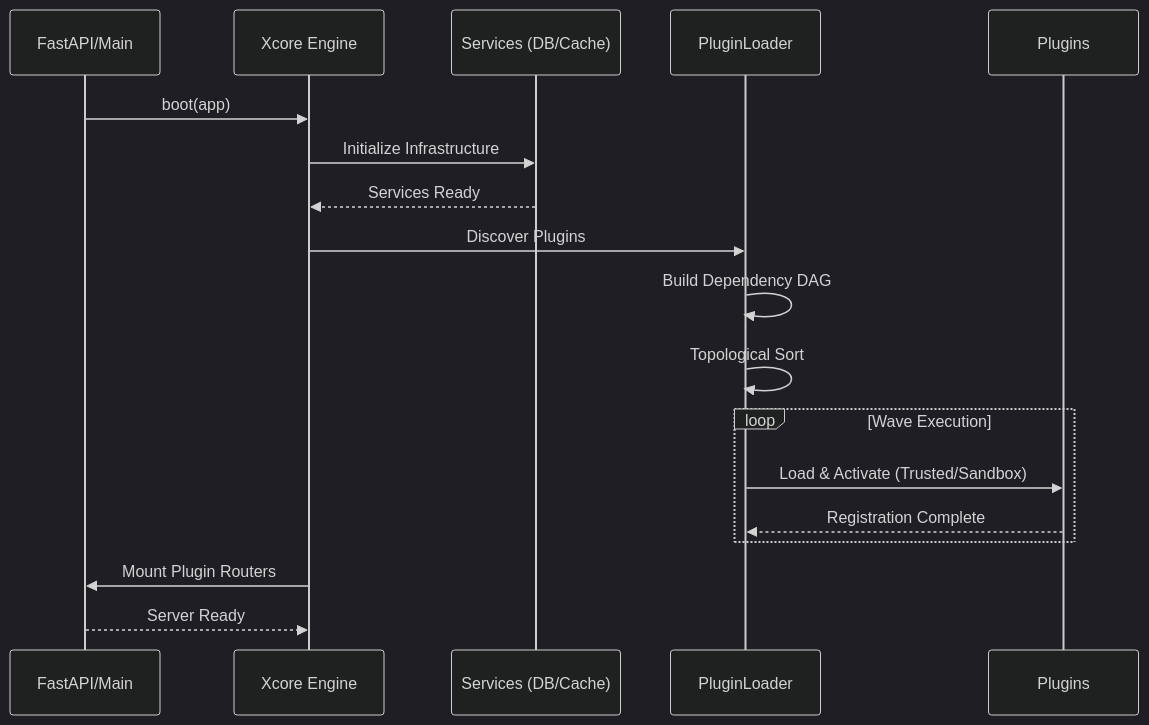
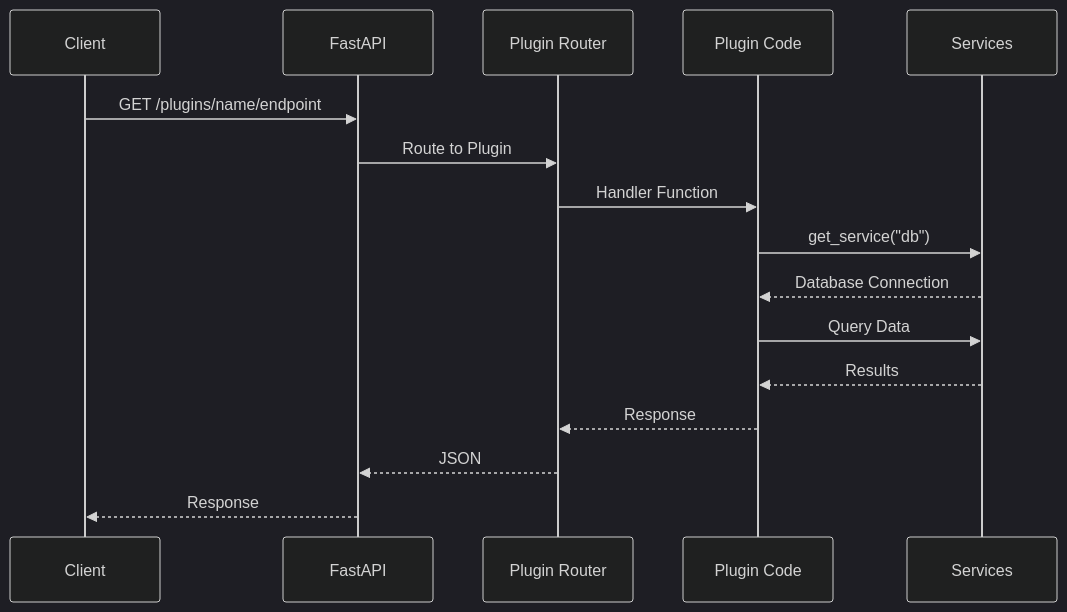
The tenth of 16 diagrams in doc/architecture/overview.md (traoreera/xcore), drawn with Mermaid (dark theme) before and after one commit. The commit also changed other lines of this file and 54 other files, not shown here.

````diff
--- a/doc/architecture/overview.md
+++ b/doc/architecture/overview.md
@@ -23,21 +346,22 @@
 ```mermaid
 sequenceDiagram
-    participant App as FastAPI/Main
-    participant X as Xcore Engine
-    participant S as Services (DB/Cache)
-    participant L as PluginLoader
-    participant P as Plugins
+    participant HTTP as Client
+    participant FA as FastAPI
+    participant PR as Plugin Router
+    participant P as Plugin Code
+    participant S as Services
 
-    App->>X: boot(app)
-    X->>S: Initialize Infrastructure
-    S-->>X: Services Ready
-    X->>L: Discover Plugins
-    L->>L: Build Dependency DAG
-    L->>L: Topological Sort
-    loop Wave Execution
-        L->>P: Load & Activate (Trusted/Sandbox)
-        P-->>L: Registration Complete
-    end
-    X->>App: Mount Plugin Routers
-    App-->>X: Server Ready
+    HTTP->>FA: GET /plugins/name/endpoint
+    FA->>PR: Route to Plugin
+    PR->>P: Handler Function
+
+    P->>S: get_service("db")
+    S-->>P: Database Connection
+
+    P->>S: Query Data
+    S-->>P: Results
+
+    P-->>PR: Response
+    PR-->>FA: JSON
+    FA-->>HTTP: Response
 ```
````
